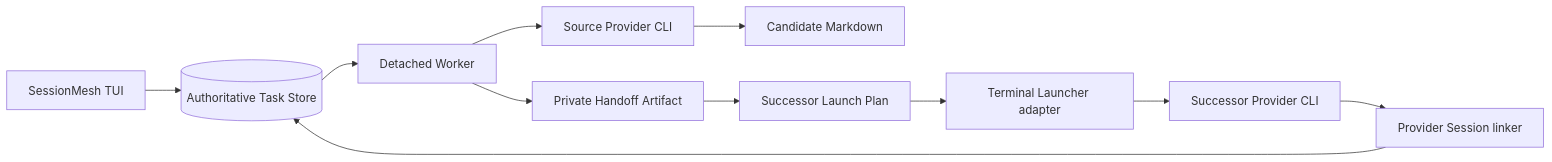
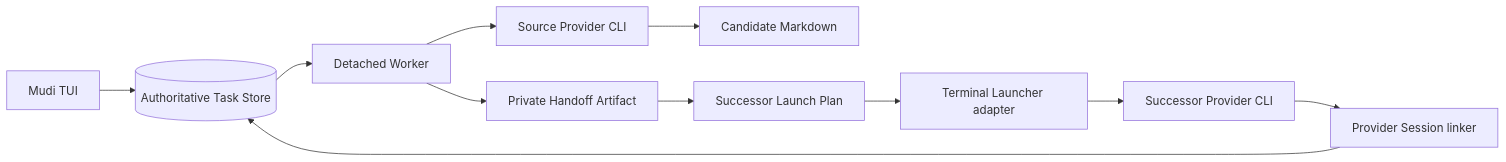
One commit to ZhangPeibin/mudi changed the second of 2 diagrams in docs/legacy/v1/assisted-handoff-prd.md. Above: the diagram before and after it, drawn with Mermaid. The commit also changed other lines of this file and 104 other files, not shown here.

Commit message:
feat(branding): rename SessionMesh to Mudi

````diff
--- a/docs/legacy/v1/assisted-handoff-prd.md
+++ b/docs/legacy/v1/assisted-handoff-prd.md
@@ -275,13 +275,13 @@
 ```mermaid
 flowchart LR
-  TUI["SessionMesh TUI"] --> Store[("Authoritative Task Store")]
+  TUI["Mudi TUI"] --> Store[("Authoritative Task Store")]
   Store --> Worker["Detached Worker"]
   Worker --> Source["Source Provider CLI"]
   Source --> Candidate["Candidate Markdown"]
   Worker --> Artifact["Private Handoff Artifact"]
   Artifact --> Plan["Successor Launch Plan"]
   Plan --> Launcher["Terminal Launcher adapter"]
   Launcher --> Successor["Successor Provider CLI"]
   Successor --> Linker["Provider Session linker"]
   Linker --> Store
 ```
````
